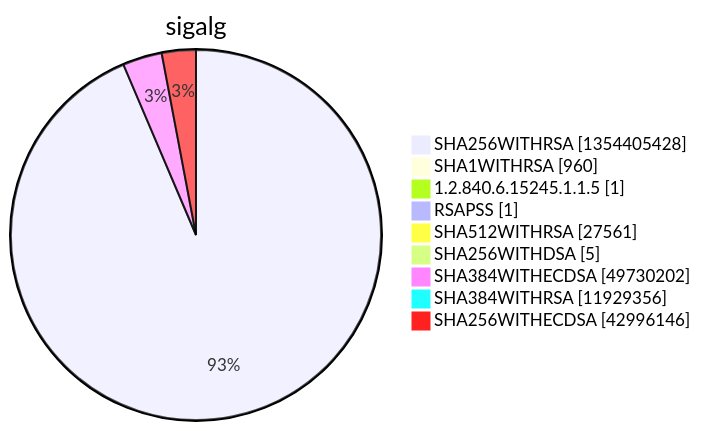
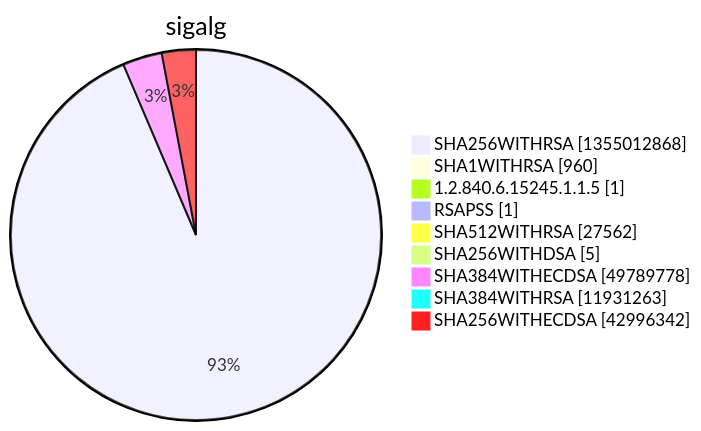
One commit to christiankrug/ctmonitor_visualization changed diagram 15 of 15 in argon2022/README.md. Above: the diagram before and after it, drawn with Mermaid. The commit also changed other lines of this file, not shown here.

````diff
--- a/argon2022/README.md
+++ b/argon2022/README.md
@@ -5524,13 +5524,13 @@
 ```mermaid
 pie showData
 title sigalg
-"SHA256WITHRSA" :1354405428
+"SHA256WITHRSA" :1355012868
 "SHA1WITHRSA" :960
 "1.2.840.6.15245.1.1.5" :1
 "RSAPSS" :1
-"SHA512WITHRSA" :27561
+"SHA512WITHRSA" :27562
 "SHA256WITHDSA" :5
-"SHA384WITHECDSA" :49730202
-"SHA384WITHRSA" :11929356
-"SHA256WITHECDSA" :42996146
+"SHA384WITHECDSA" :49789778
+"SHA384WITHRSA" :11931263
+"SHA256WITHECDSA" :42996342
 ```
````
